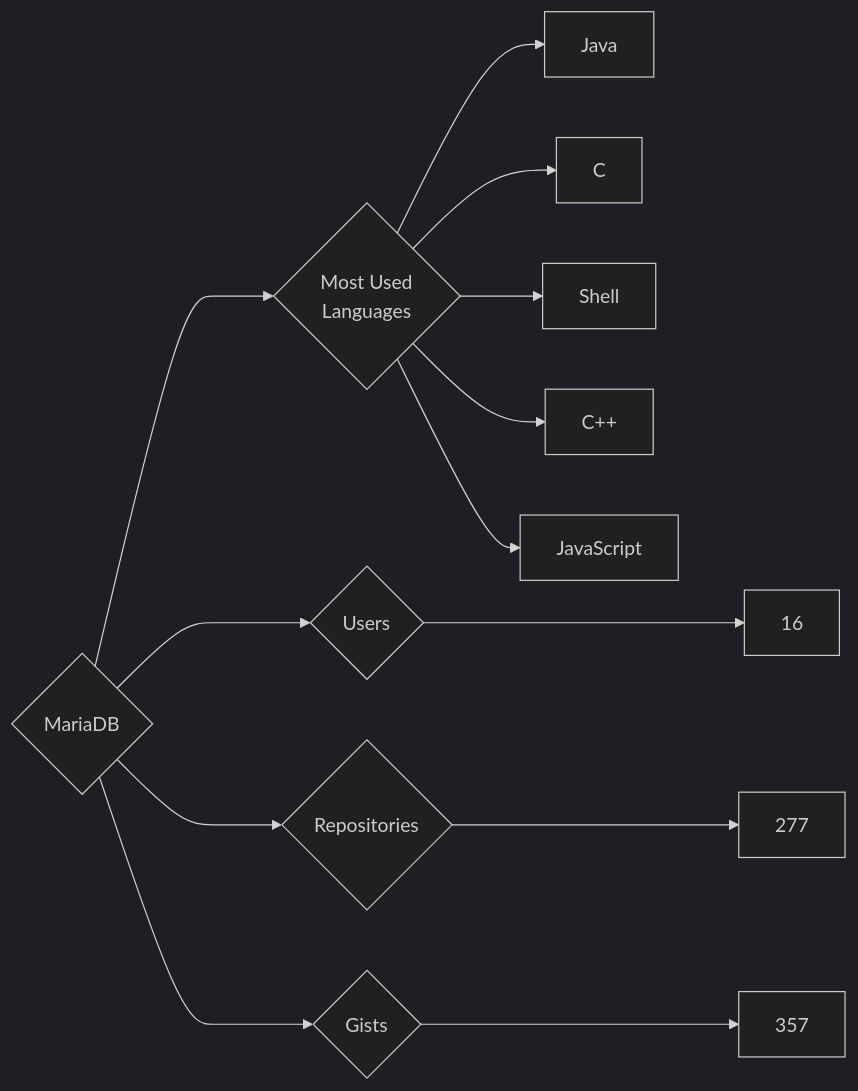
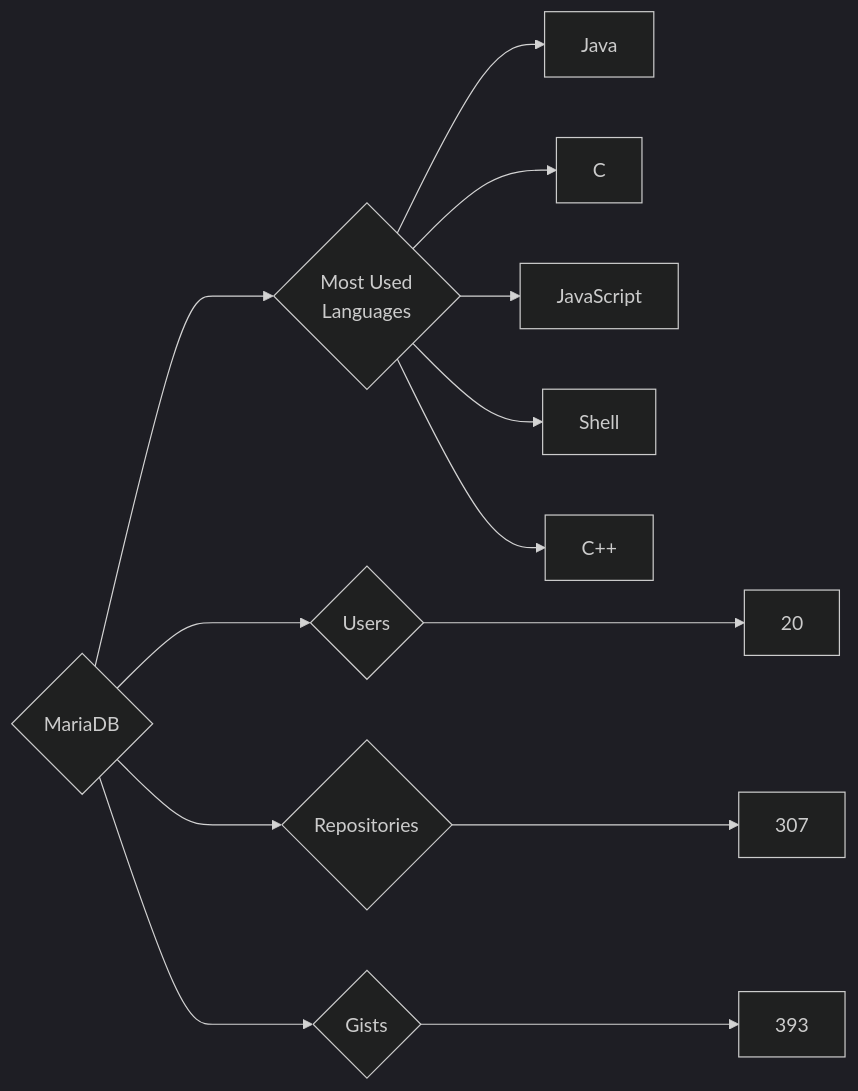
One commit to trickest/insiders changed the diagram in targets/MariaDB/README.md. Above: the diagram before and after it, drawn with Mermaid (dark theme). The commit also changed 797 other files, not shown here.

````diff
--- a/targets/MariaDB/README.md
+++ b/targets/MariaDB/README.md
@@ -3,13 +3,13 @@
 ```mermaid
 graph LR
 COMPANY_NAME{MariaDB}
-COMPANY_NAME ---> U{Users} ---> UN[16]
-COMPANY_NAME ---> R{Repositories} ---> RN[277]
-COMPANY_NAME ---> G{Gists} ---> GN[357]
+COMPANY_NAME ---> U{Users} ---> UN[20]
+COMPANY_NAME ---> R{Repositories} ---> RN[307]
+COMPANY_NAME ---> G{Gists} ---> GN[393]
 COMPANY_NAME ---> ML{Most Used<br>Languages}
 ML --> Java[Java]
 ML --> C[C]
+ML --> JavaScript[JavaScript]
 ML --> Shell[Shell]
 ML --> C++[C++]
-ML --> JavaScript[JavaScript]
 ```
````
